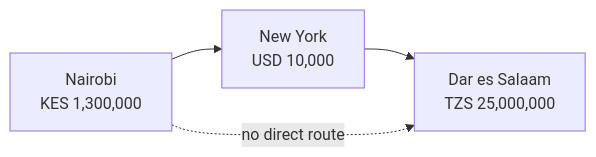
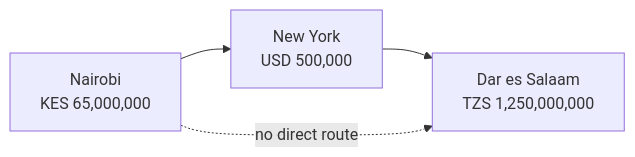
Before and after one commit to Rift-FI/rift-landing: the first of 3 diagrams in src/content/blog/compressing-the-dollar.md, drawn with Mermaid. The commit also changed other lines of this file, not shown here.

````diff
--- a/src/content/blog/compressing-the-dollar.md
+++ b/src/content/blog/compressing-the-dollar.md
@@ -22,6 +28,6 @@
 ```mermaid
 flowchart LR
-    NBO["Nairobi<br/>KES 1,300,000"] --> NYC["New York<br/>USD 10,000"]
-    NYC --> DAR["Dar es Salaam<br/>TZS 25,000,000"]
+    NBO["Nairobi<br/>KES 65,000,000"] --> NYC["New York<br/>USD 500,000"]
+    NYC --> DAR["Dar es Salaam<br/>TZS 1,250,000,000"]
     NBO -. "no direct route" .-> DAR
 ```
````
